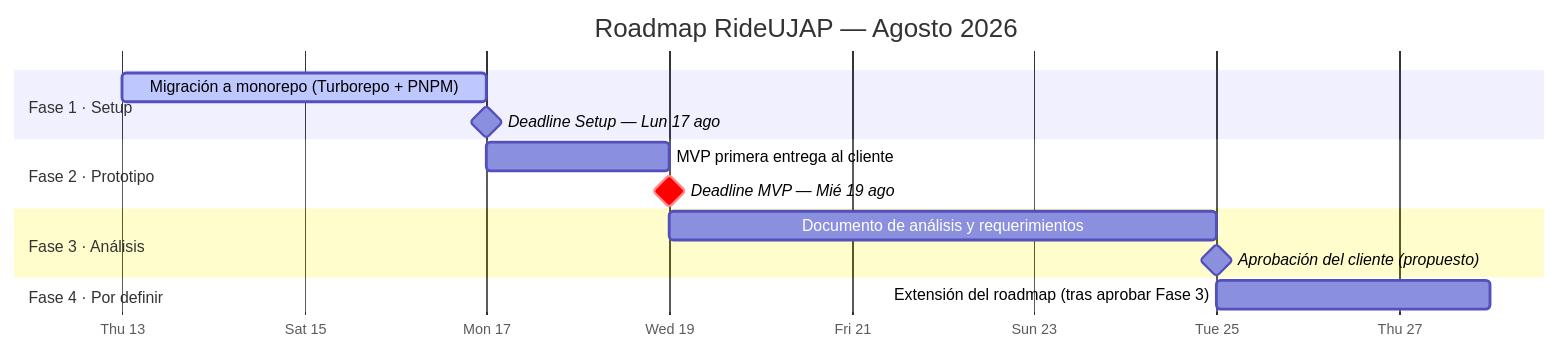
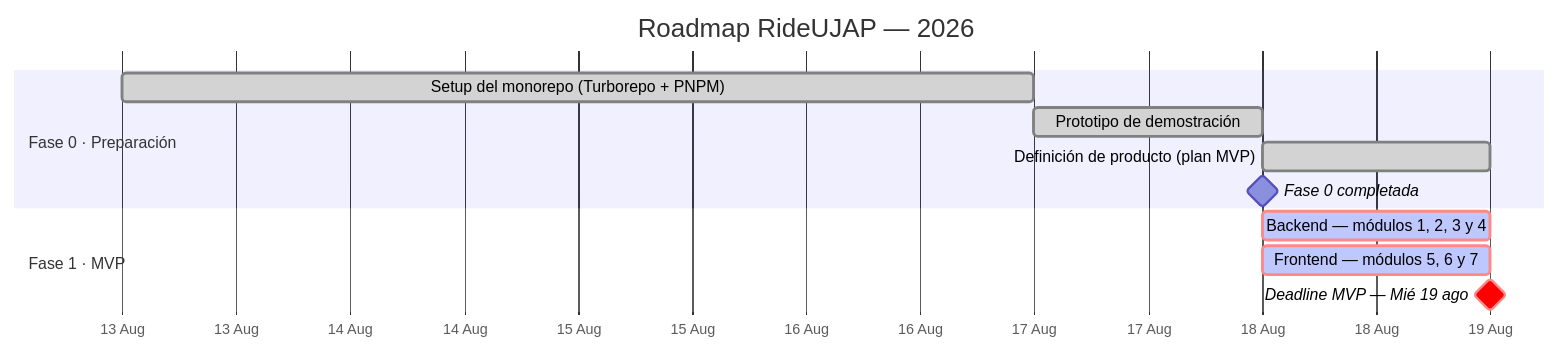
Before and after one commit to Abisaac1809/RideUjap: the diagram in docs/00-ROADMAP.md, drawn with Mermaid. The commit also changed other lines of this file and 11 other files, not shown here.

Commit message:
docs: updated roadmap and implementation phases according to new MVP plan

````diff
--- a/docs/00-ROADMAP.md
+++ b/docs/00-ROADMAP.md
@@ -75,21 +96,17 @@
 ```mermaid
 gantt
-    title Roadmap RideUJAP — Agosto 2026
+    title Roadmap RideUJAP — 2026
     dateFormat YYYY-MM-DD
-    axisFormat %a %d
+    axisFormat %d %b
 
-    section Fase 1 · Setup
-    Migración a monorepo (Turborepo + PNPM)     :active, f1, 2026-08-13, 2026-08-17
-    Deadline Setup — Lun 17 ago                 :milestone, m1, 2026-08-17, 0d
+    section Fase 0 · Preparación
+    Setup del monorepo (Turborepo + PNPM)         :done, f0a, 2026-08-13, 2026-08-17
+    Prototipo de demostración                     :done, f0b, 2026-08-17, 2026-08-18
+    Definición de producto (plan MVP)             :done, f0c, 2026-08-18, 1d
+    Fase 0 completada                             :milestone, m0, 2026-08-18, 0d
 
-    section Fase 2 · Prototipo
-    MVP primera entrega al cliente              :f2, 2026-08-17, 2026-08-19
-    Deadline MVP — Mié 19 ago                   :milestone, crit, m2, 2026-08-19, 0d
-
-    section Fase 3 · Análisis
-    Documento de análisis y requerimientos      :f3, 2026-08-19, 2026-08-25
-    Aprobación del cliente (propuesto)          :milestone, m3, 2026-08-25, 0d
-
-    section Fase 4 · Por definir
-    Extensión del roadmap (tras aprobar Fase 3) :f4, 2026-08-25, 2026-08-28
+    section Fase 1 · MVP
+    Backend — módulos 1, 2, 3 y 4                 :active, crit, b, 2026-08-18, 2026-08-19
+    Frontend — módulos 5, 6 y 7                   :active, crit, f, 2026-08-18, 2026-08-19
+    Deadline MVP — Mié 19 ago                     :milestone, crit, m1, 2026-08-19, 0d
 ```
````
